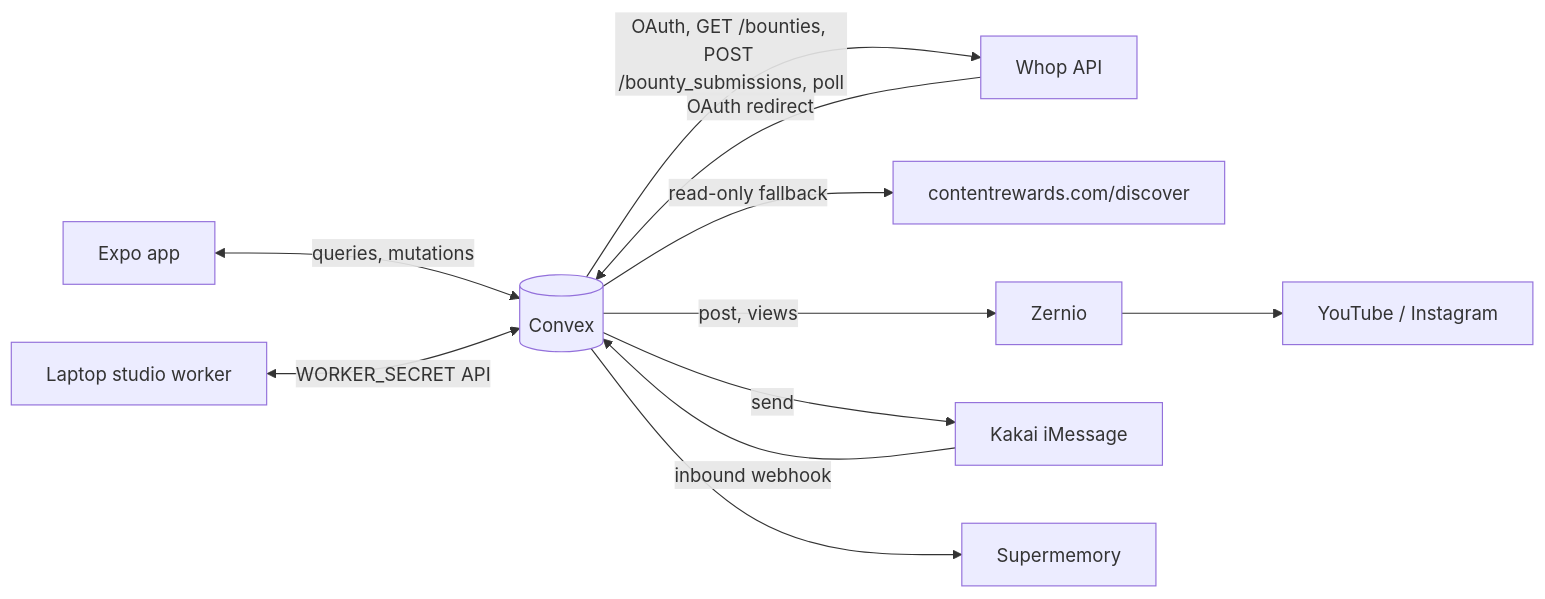
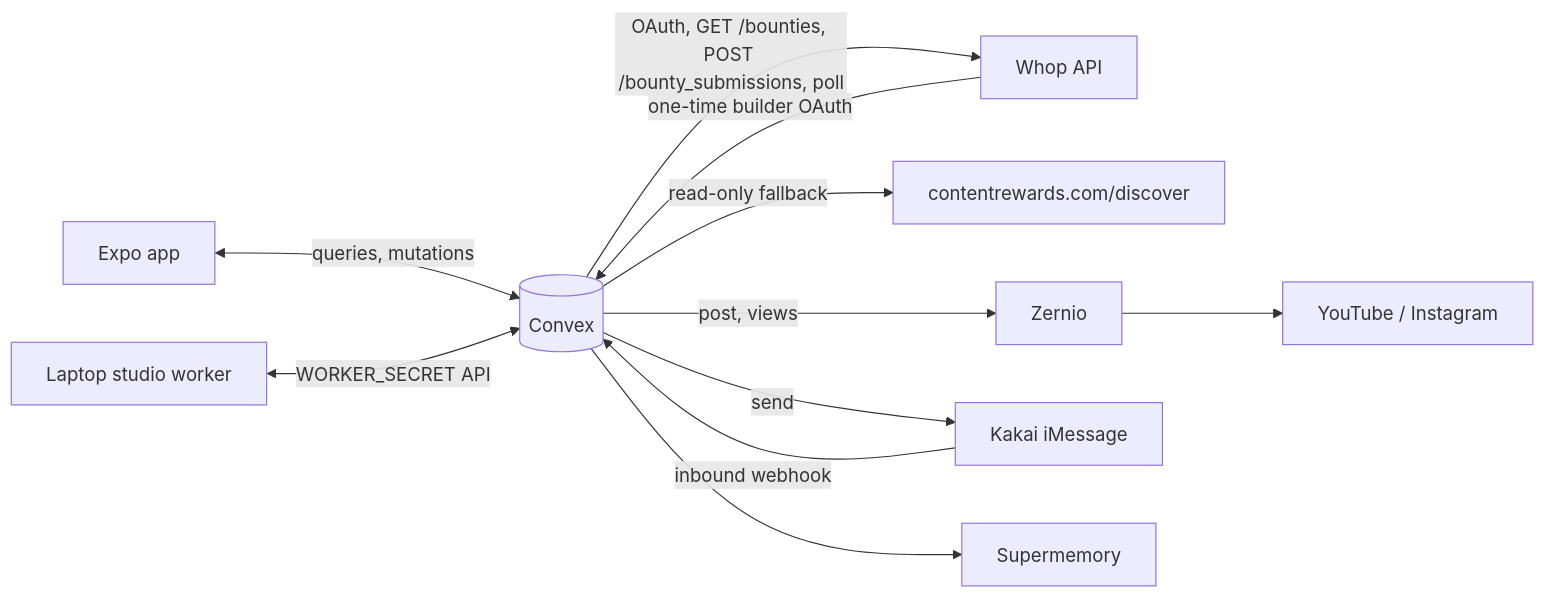
One commit to krishhgg/outpost-capy-yc changed the diagram in BUILD_PLAN.md. Above: the diagram before and after it, drawn with Mermaid. The commit also changed other lines of this file and 17 other files, not shown here.

````diff
--- a/BUILD_PLAN.md
+++ b/BUILD_PLAN.md
@@ -99,12 +104,12 @@
 ```mermaid
 flowchart LR
   App[Expo app] <-->|queries, mutations| Convex[(Convex)]
   Studio[Laptop studio worker] <-->|WORKER_SECRET API| Convex
   Convex -->|OAuth, GET /bounties, POST /bounty_submissions, poll| Whop[Whop API]
   Convex -->|read-only fallback| CR[contentrewards.com/discover]
   Convex -->|post, views| Zernio --> YT[YouTube / Instagram]
   Convex -->|send| Kakai[Kakai iMessage]
   Kakai -->|inbound webhook| Convex
-  Whop -->|OAuth redirect| Convex
+  Whop -->|one-time builder OAuth| Convex
   Convex --> SM[Supermemory]
 ```
````
